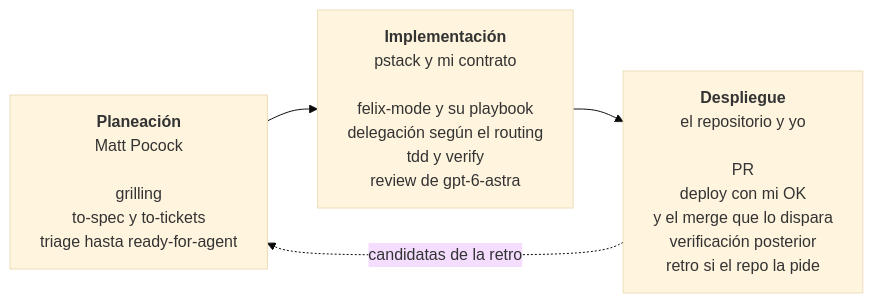
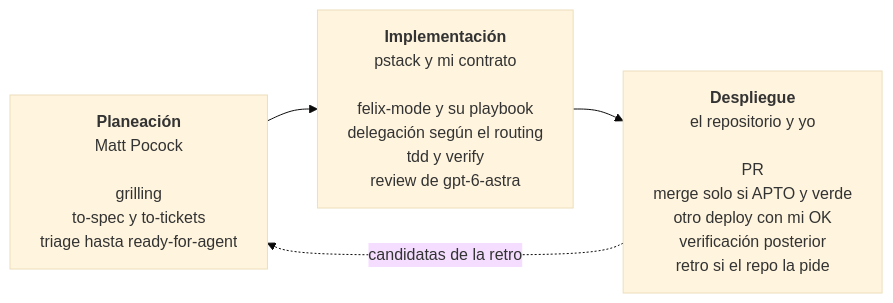
One commit to Cosmonaut-itc/felix-agent-engineering changed the diagram in README.md. Above: the diagram before and after it, drawn with Mermaid (base theme). The commit also changed other lines of this file and 2 other files, not shown here.

First line of the commit message:
feat(felix-mode): mergea solo los PR APTO y verdes

````diff
--- a/README.md
+++ b/README.md
@@ -20,13 +20,13 @@
 ```mermaid
 ---
 config:
   flowchart:
     wrappingWidth: 320
 ---
 flowchart LR
   P["<b>Planeación</b><br/>Matt Pocock<br/><br/>grilling<br/>to-spec y to-tickets<br/>triage hasta ready-for-agent"]
   I["<b>Implementación</b><br/>pstack y mi contrato<br/><br/>felix-mode y su playbook<br/>delegación según el routing<br/>tdd y verify<br/>review de gpt-6-astra"]
-  D["<b>Despliegue</b><br/>el repositorio y yo<br/><br/>PR<br/>deploy con mi OK<br/>y el merge que lo dispara<br/>verificación posterior<br/>retro si el repo la pide"]
+  D["<b>Despliegue</b><br/>el repositorio y yo<br/><br/>PR<br/>merge solo si APTO y verde<br/>otro deploy con mi OK<br/>verificación posterior<br/>retro si el repo la pide"]
   P --> I --> D
   D -.->|candidatas de la retro| P
 ```
````
